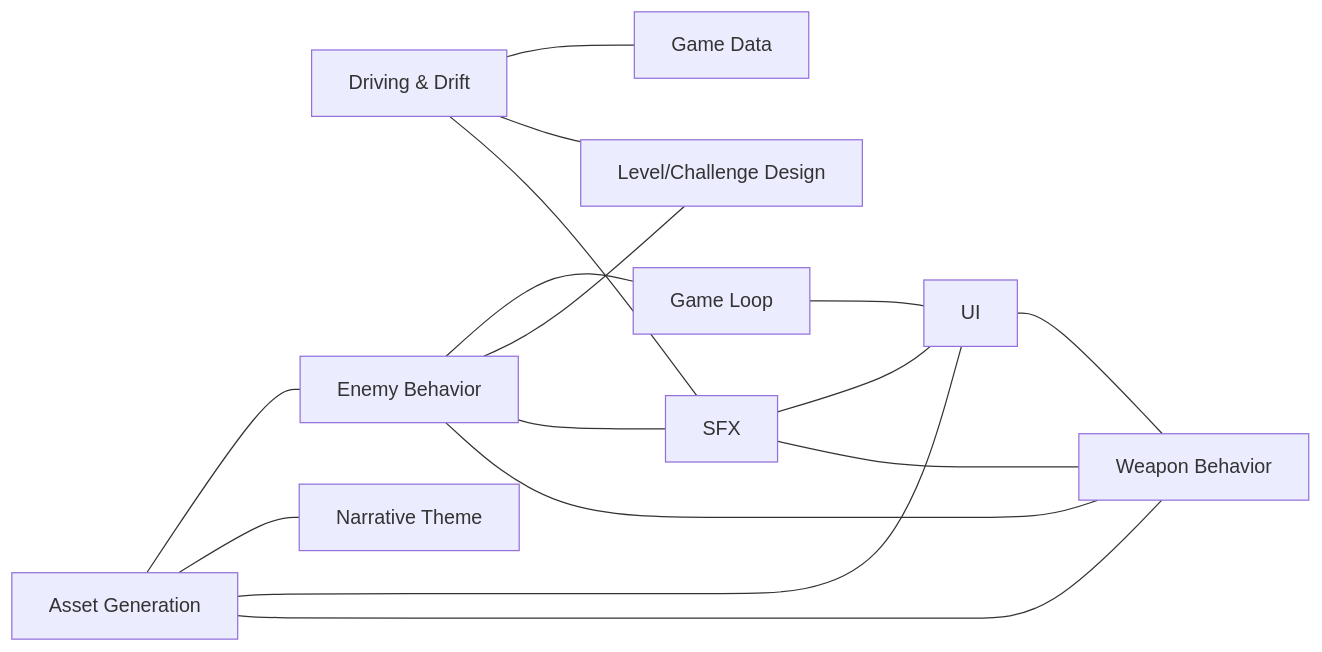
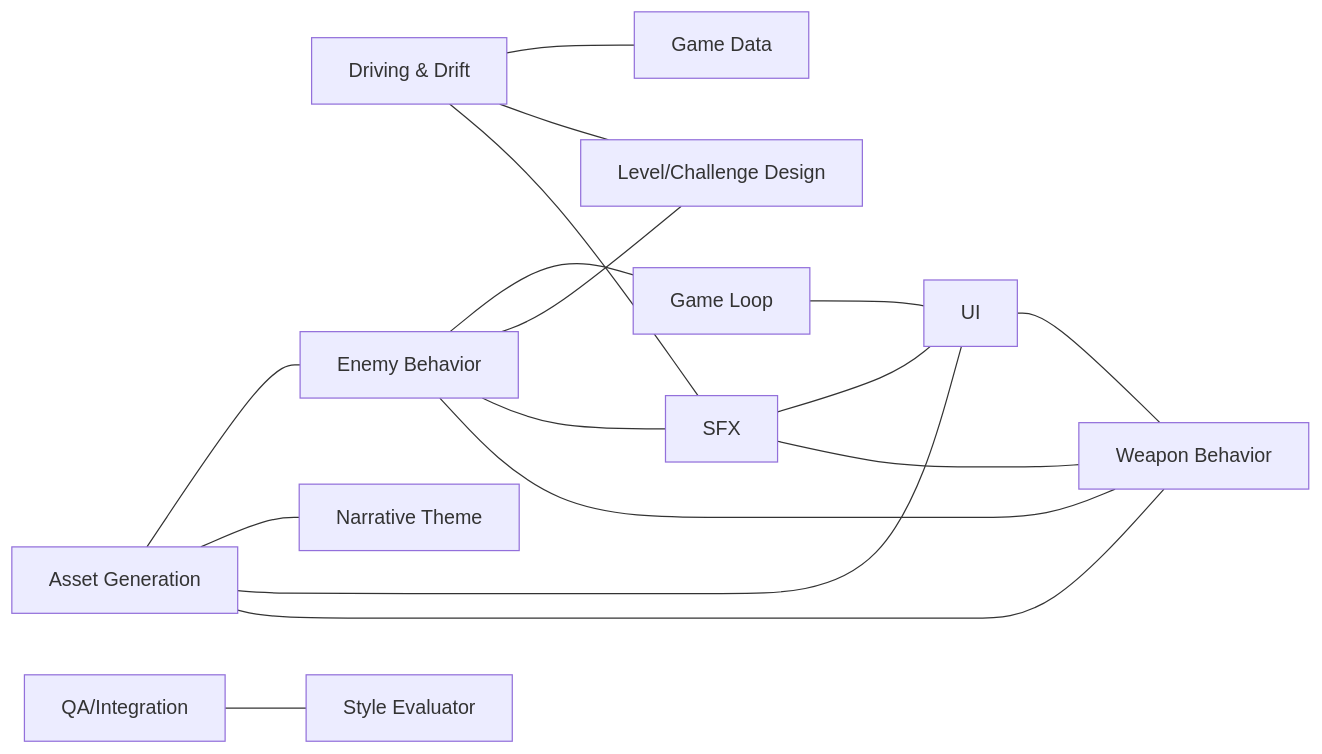
One commit to akyrat/solid-carbide-game changed the second of 2 diagrams in agent-notes/agents-interactions.md. Above: the diagram before and after it, drawn with Mermaid. The commit also changed other lines of this file and 6 other files, not shown here.

````diff
--- a/agent-notes/agents-interactions.md
+++ b/agent-notes/agents-interactions.md
@@ -141,28 +150,31 @@
 ```mermaid
 flowchart LR
     asset_generation["Asset Generation"]
     driving_drift["Driving & Drift"]
     enemy_behavior["Enemy Behavior"]
     game_data["Game Data"]
     game_loop["Game Loop"]
     level_challenge["Level/Challenge Design"]
     narrative_theme["Narrative Theme"]
+    qa_integration["QA/Integration"]
     sfx["SFX"]
+    style_evaluator["Style Evaluator"]
     ui["UI"]
     weapon_behavior["Weapon Behavior"]
     asset_generation --- enemy_behavior
     asset_generation --- narrative_theme
     asset_generation --- ui
     asset_generation --- weapon_behavior
     driving_drift --- game_data
     driving_drift --- level_challenge
     driving_drift --- sfx
     enemy_behavior --- game_loop
     enemy_behavior --- level_challenge
     enemy_behavior --- sfx
     enemy_behavior --- weapon_behavior
     game_loop --- ui
+    qa_integration --- style_evaluator
     sfx --- ui
     sfx --- weapon_behavior
     ui --- weapon_behavior
 ```
````
